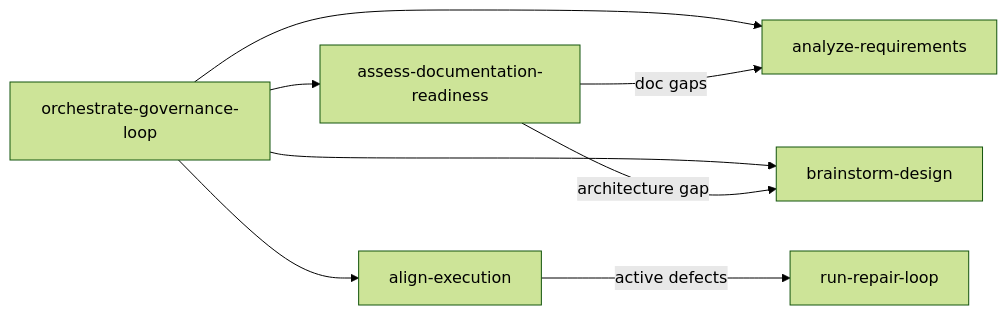
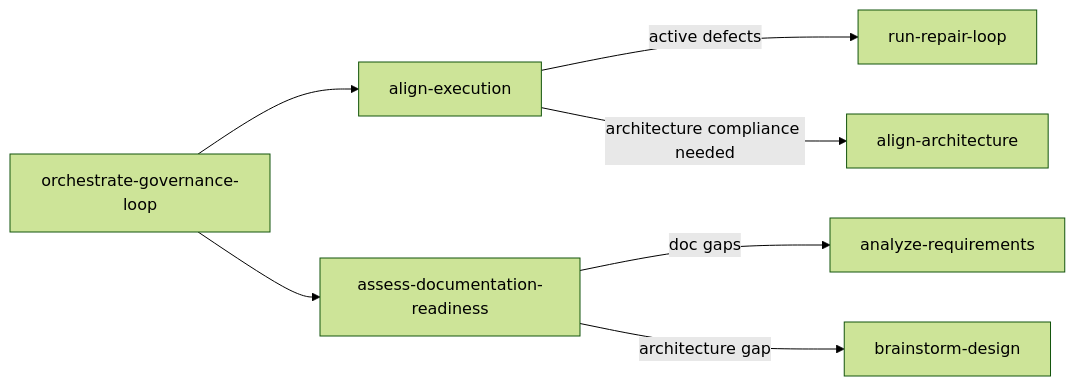
The sixth of 6 diagrams in skills/skillgraph.md (nesnilnehc/ai-cortex), drawn with Mermaid (forest theme) before and after one commit. The commit also changed other lines of this file and 17 other files, not shown here.

First line of the commit message:
feat(skills): add align-architecture, slim align-execution, simplify orchestrate-governance-loop

````diff
--- a/skills/skillgraph.md
+++ b/skills/skillgraph.md
@@ -244,17 +246,17 @@
 ```mermaid
 flowchart LR
   loop[orchestrate-governance-loop]
+  align[align-execution]
+  alignarch[align-architecture]
+  docreadiness[assess-documentation-readiness]
   req[analyze-requirements]
   design[brainstorm-design]
-  align[align-execution]
-  docreadiness[assess-documentation-readiness]
   repair[run-repair-loop]
 
-  loop --> req
-  loop --> design
   loop --> align
   loop --> docreadiness
   align -->|active defects| repair
+  align -->|architecture compliance needed| alignarch
   docreadiness -->|doc gaps| req
   docreadiness -->|architecture gap| design
 ```
````
